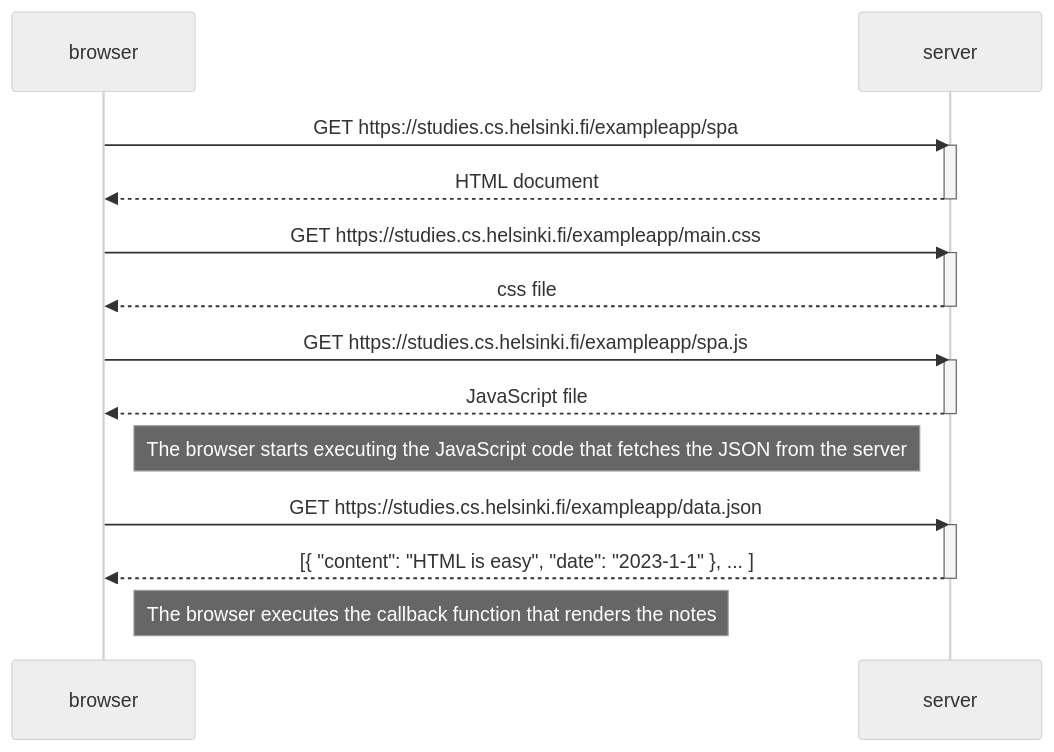
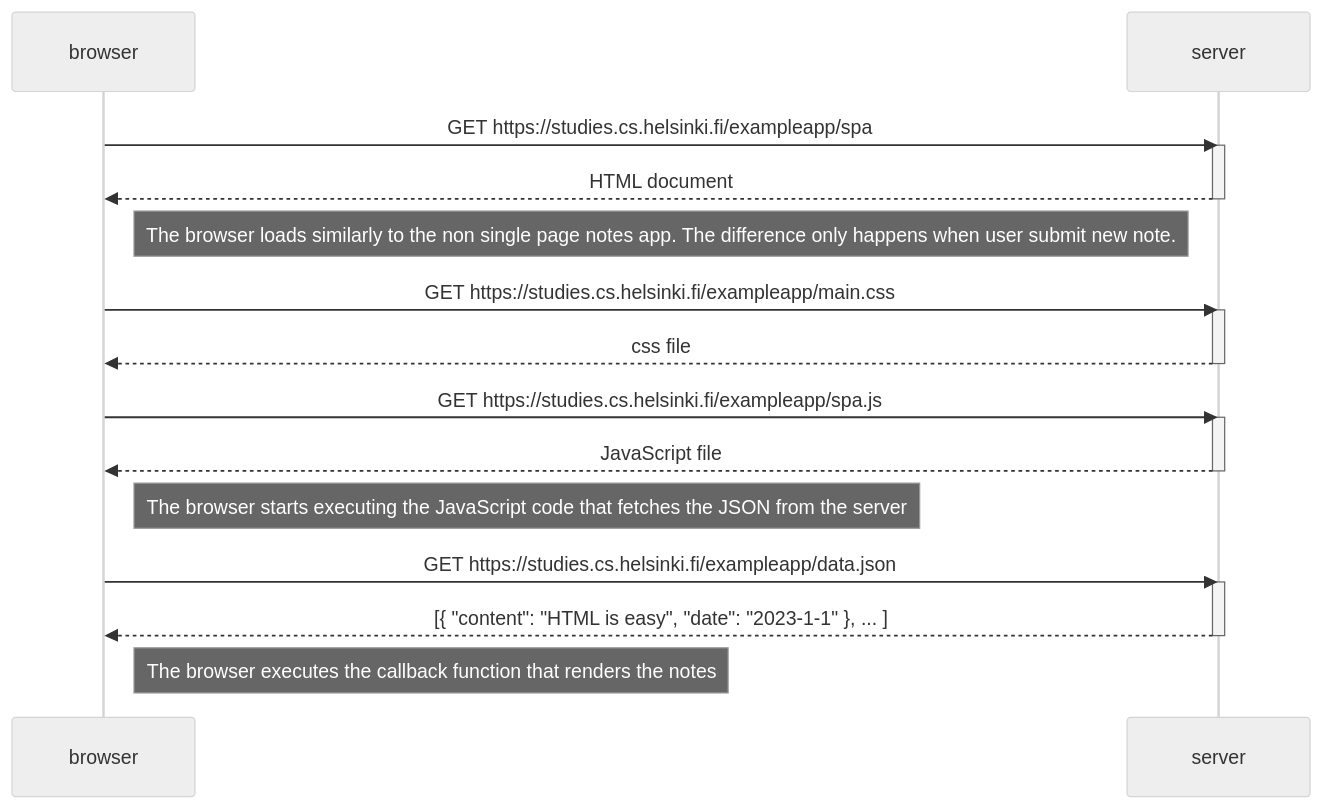
One commit to tyj916/fullstackopen changed the diagram in part0/exercise_0.5.md. Above: the diagram before and after it, drawn with Mermaid (neutral theme).

Commit message:
Add comment

````diff
--- a/part0/exercise_0.5.md
+++ b/part0/exercise_0.5.md
@@ -3,29 +3,31 @@
 ```mermaid
 sequenceDiagram
   participant browser
   participant server
 
   browser->>server: GET https://studies.cs.helsinki.fi/exampleapp/spa
   activate server
   server-->>browser: HTML document
   deactivate server
+
+  Note right of browser: The browser loads similarly to the non single page notes app. The difference only happens when user submit new note.
 
   browser->>server: GET https://studies.cs.helsinki.fi/exampleapp/main.css
   activate server
   server-->>browser: css file
   deactivate server
 
   browser->>server: GET https://studies.cs.helsinki.fi/exampleapp/spa.js
   activate server
   server-->>browser: JavaScript file
   deactivate server
 
   Note right of browser: The browser starts executing the JavaScript code that fetches the JSON from the server
 
   browser->>server: GET https://studies.cs.helsinki.fi/exampleapp/data.json
   activate server
   server-->>browser: [{ "content": "HTML is easy", "date": "2023-1-1" }, ... ]
   deactivate server
 
   Note right of browser: The browser executes the callback function that renders the notes
 ```
````
